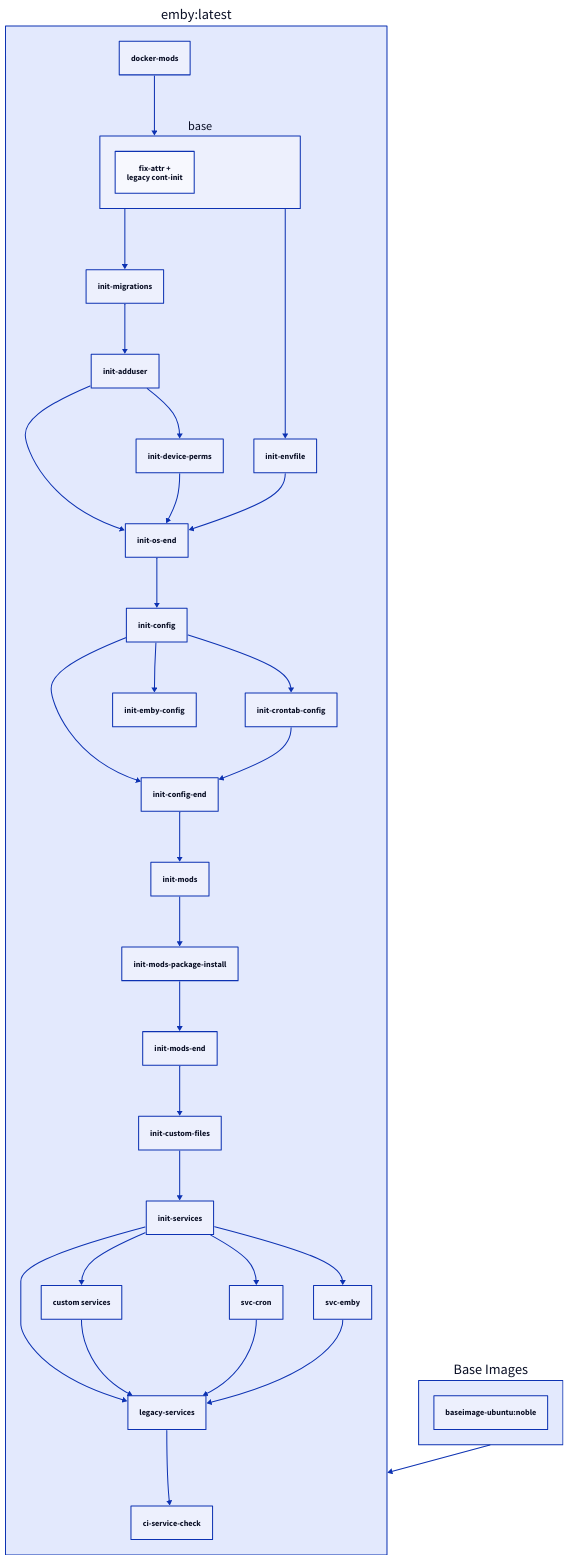
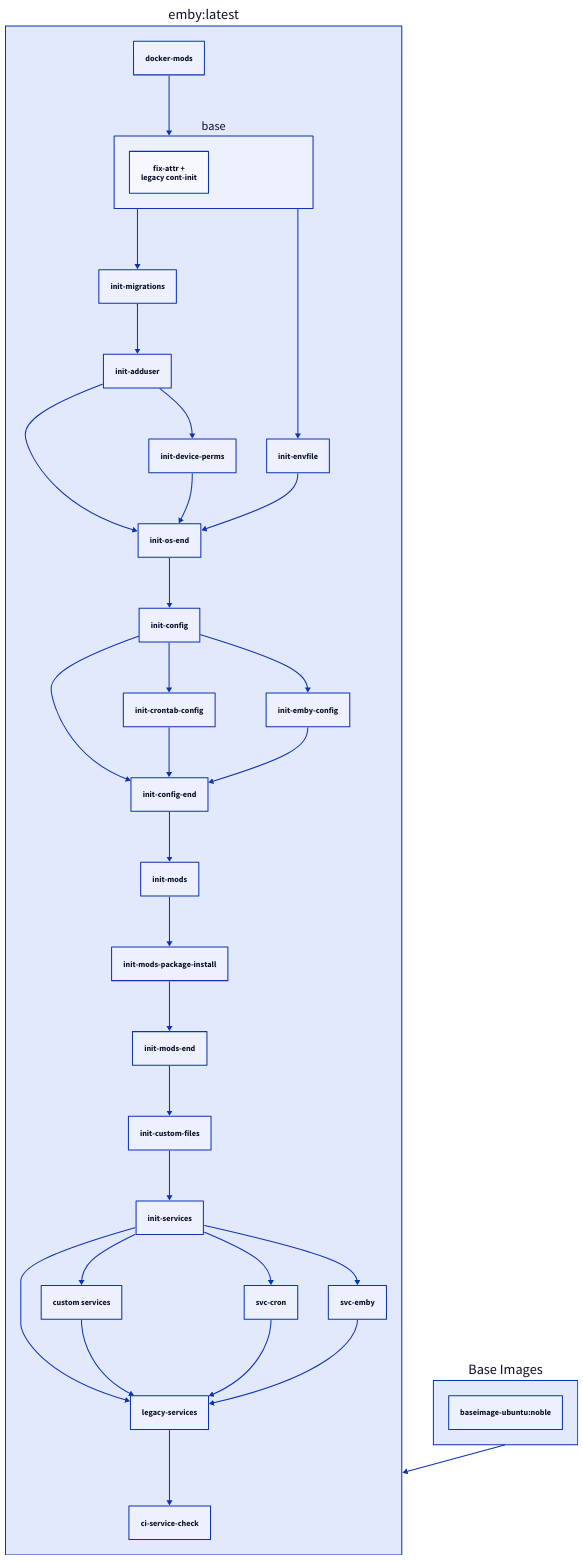
One commit to linuxserver/docker-documentation changed the diagram in docs/images/docker-emby.md. Above: the diagram before and after it, drawn with D2.

Commit message:
Bot Updating Documentation

````diff
--- a/docs/images/docker-emby.md
+++ b/docs/images/docker-emby.md
@@ -373,40 +373,41 @@
     ```d2
     "emby:latest": {
       docker-mods
       base {
         fix-attr +\nlegacy cont-init
       }
       docker-mods -> base
       legacy-services
       custom services
       init-services -> legacy-services
       init-services -> custom services
       custom services -> legacy-services
       legacy-services -> ci-service-check
       init-migrations -> init-adduser
       init-os-end -> init-config
       init-config -> init-config-end
       init-crontab-config -> init-config-end
+      init-emby-config -> init-config-end
       init-config -> init-crontab-config
       init-mods-end -> init-custom-files
       init-adduser -> init-device-perms
       init-config -> init-emby-config
       base -> init-envfile
       base -> init-migrations
       init-config-end -> init-mods
       init-mods-package-install -> init-mods-end
       init-mods -> init-mods-package-install
       init-adduser -> init-os-end
       init-device-perms -> init-os-end
       init-envfile -> init-os-end
       init-custom-files -> init-services
       init-services -> svc-cron
       svc-cron -> legacy-services
       init-services -> svc-emby
       svc-emby -> legacy-services
     }
     Base Images: {
       "baseimage-ubuntu:noble"
     }
     "emby:latest" <- Base Images
     ```
````
